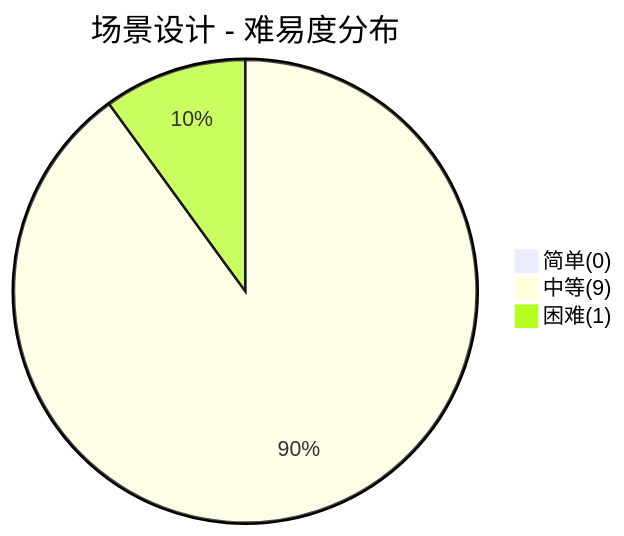
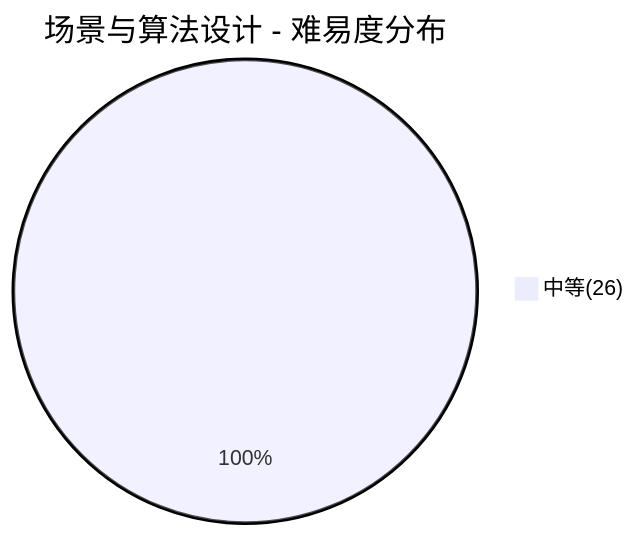
One commit to dunwu/waterdrop changed the fourth of 5 diagrams in docs/99.面试/设计面试.md. Above: the diagram before and after it, drawn with Mermaid. The commit also changed other lines of this file and 10 other files, not shown here.

````diff
--- a/docs/99.面试/设计面试.md
+++ b/docs/99.面试/设计面试.md
@@ -151,6 +198,4 @@
 ```mermaid
-pie title 场景设计 - 难易度分布
-    "简单(0)" : 0
-    "中等(9)" : 9
-    "困难(1)" : 1
+pie title 场景与算法设计 - 难易度分布
+    "中等(26)" : 26
 ```
````
